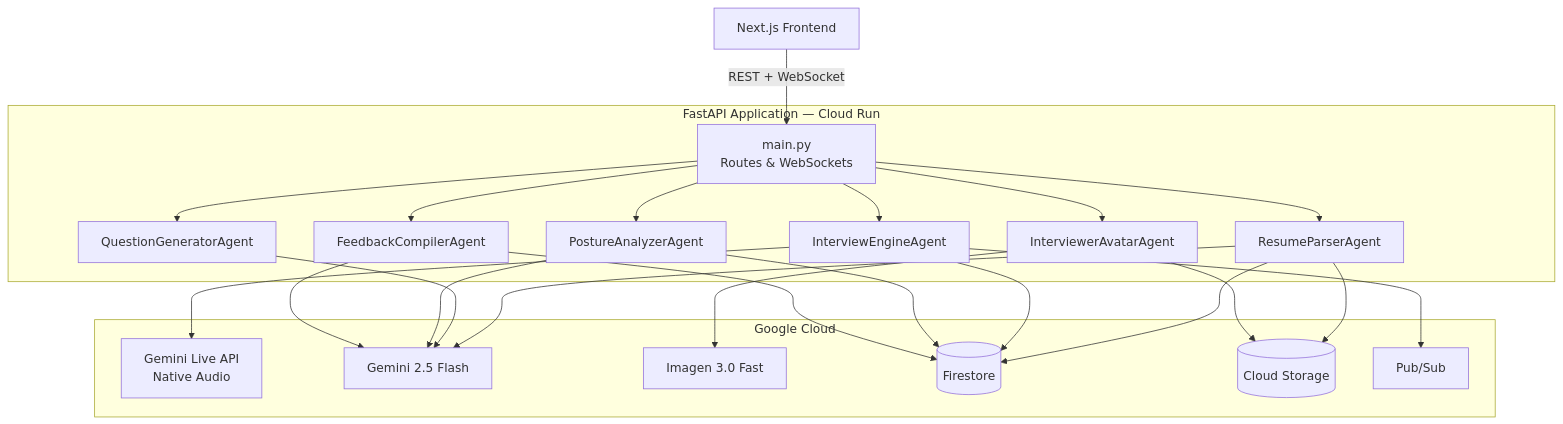
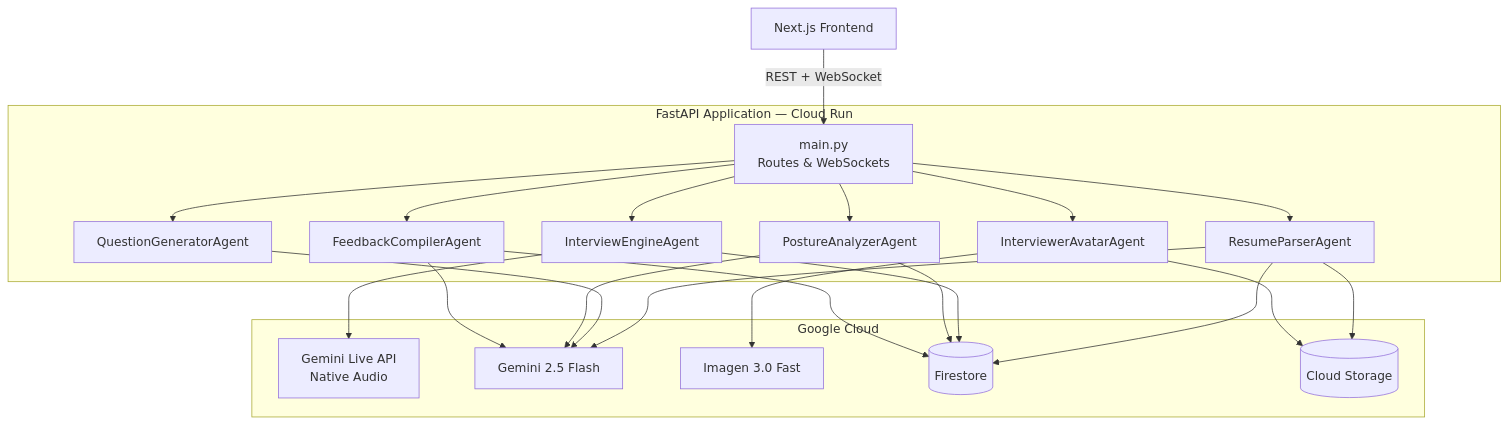
One commit to mockmate-app/mockmate changed the first of 2 diagrams in backend/README.md. Above: the diagram before and after it, drawn with Mermaid. The commit also changed other lines of this file and 3 other files, not shown here.

Commit message:
- Removed Pub/Sub from README.md

````diff
--- a/backend/README.md
+++ b/backend/README.md
@@ -9,33 +9,32 @@
 ```mermaid
 graph TB
     FE[Next.js Frontend]
 
     subgraph "FastAPI Application — Cloud Run"
         MAIN[main.py<br/>Routes & WebSockets]
         RP[ResumeParserAgent]
         QG[QuestionGeneratorAgent]
         IE[InterviewEngineAgent]
         PA[PostureAnalyzerAgent]
         FC[FeedbackCompilerAgent]
         IA[InterviewerAvatarAgent]
     end
 
     subgraph "Google Cloud"
         LIVE[Gemini Live API<br/>Native Audio]
         FLASH[Gemini 2.5 Flash]
         IMAGEN[Imagen 3.0 Fast]
         FS[(Firestore)]
         GCS[(Cloud Storage)]
-        PS[Pub/Sub]
     end
 
     FE -- "REST + WebSocket" --> MAIN
     MAIN --> RP & QG & IE & PA & FC & IA
 
     RP --> FLASH & GCS & FS
     QG --> FLASH
-    IE --> LIVE & FS & PS
+    IE --> LIVE & FS
     PA --> FLASH & FS
     FC --> FLASH & FS
     IA --> IMAGEN & GCS
 ```
````
